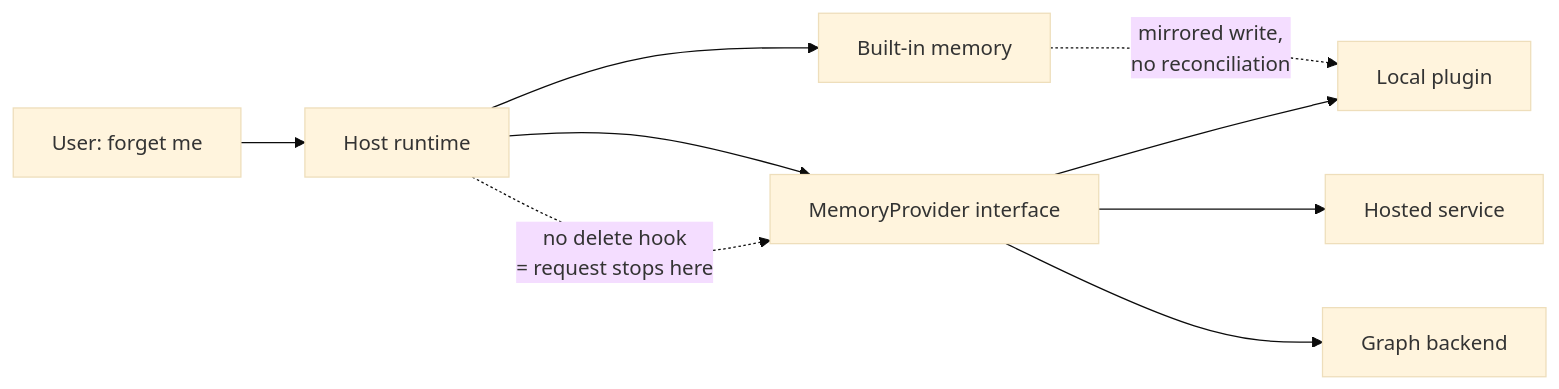
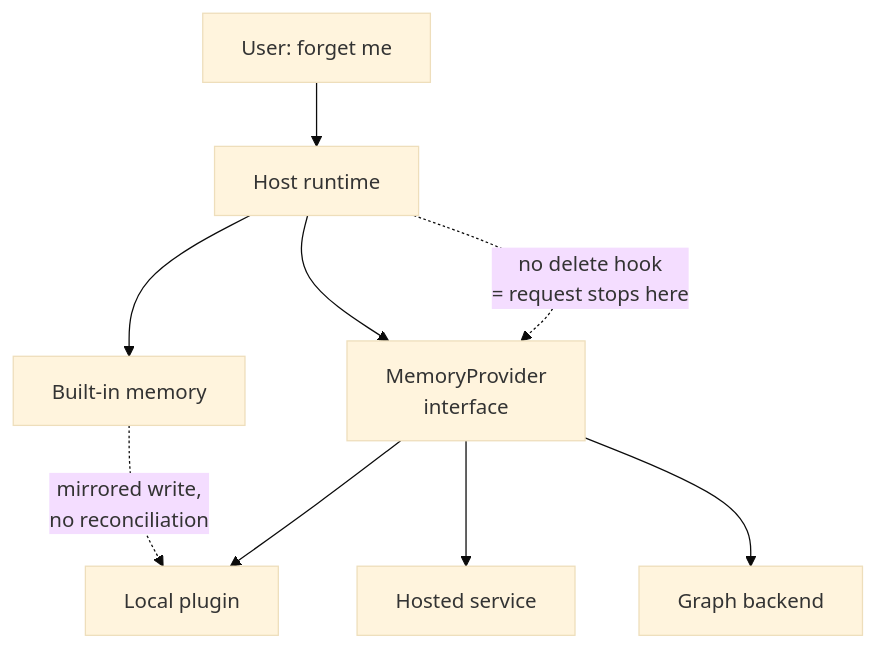
One commit to neoneye/agent-memory-atlas changed the diagram in content/patterns/pluggable-memory-provider.md. Above: the diagram before and after it, drawn with Mermaid (base theme). The commit also changed 21 other files, not shown here.

````diff
--- a/content/patterns/pluggable-memory-provider.md
+++ b/content/patterns/pluggable-memory-provider.md
@@ -46,11 +46,11 @@
 ```mermaid
-flowchart LR
-    Host["Host runtime"] --> Built["Built-in memory"]
-    Host --> Iface["MemoryProvider interface"]
+flowchart TD
+    User["User: forget me"] --> Host["Host runtime"]
+    Host --> Built["Built-in memory"]
+    Host --> Iface["MemoryProvider<br/>interface"]
     Iface --> P1["Local plugin"]
     Iface --> P2["Hosted service"]
     Iface --> P3["Graph backend"]
-    User["User: forget me"] --> Host
     Host -.->|"no delete hook<br/>= request stops here"| Iface
     Built -.->|"mirrored write,<br/>no reconciliation"| P1
 ```
````
